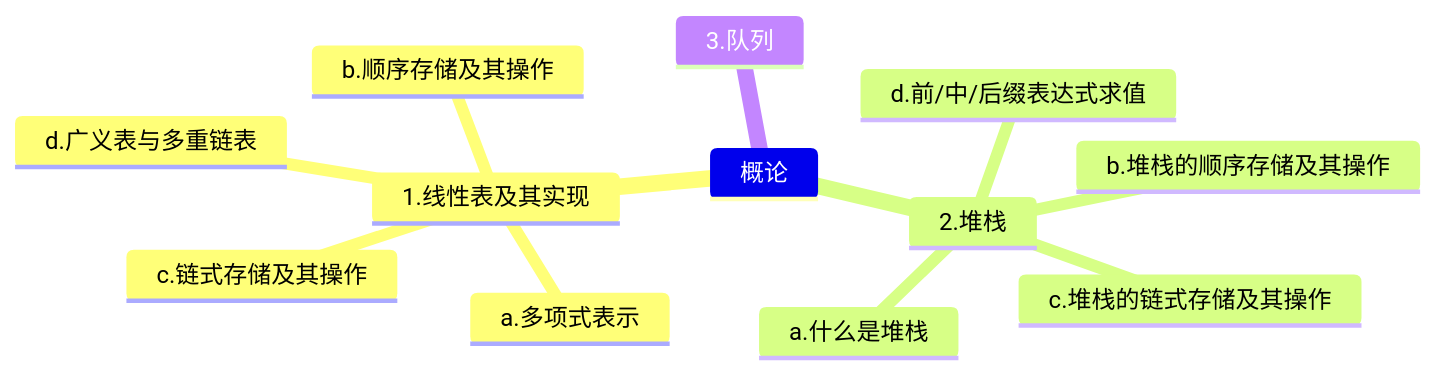
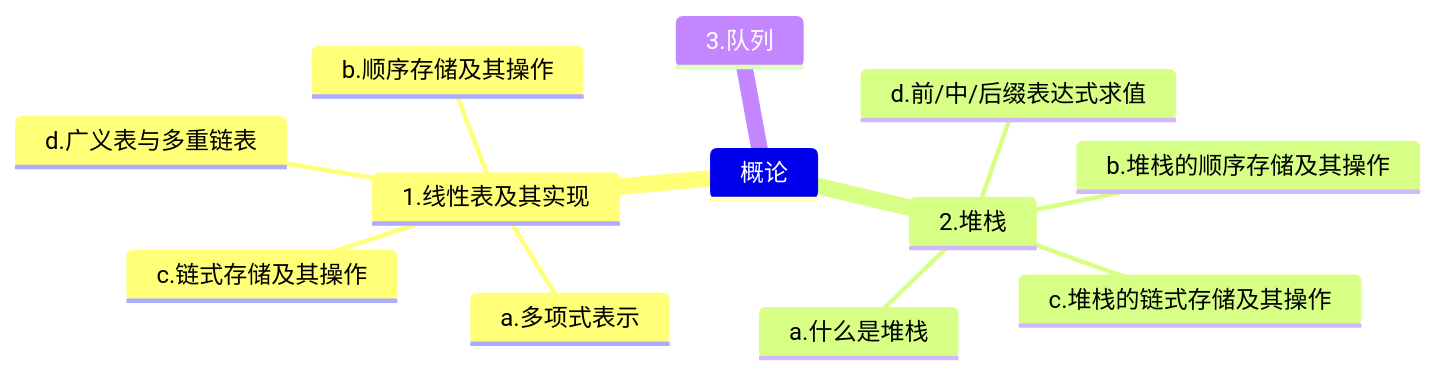
The sixth of 6 diagrams in 数据结构.md (novpath/Data-Structure), drawn with Mermaid before and after one commit. The commit also changed other lines of this file, not shown here.

````diff
--- a/数据结构.md
+++ b/数据结构.md
@@ -1315,15 +1321,15 @@
 ```mermaid
 mindmap
-	概论
-		1.线性表及其实现
-			a.多项式表示
-			b.顺序存储及其操作
-			c.链式存储及其操作
-			d.广义表与多重链表
-		2.堆栈
-			a.什么是堆栈
-			b.堆栈的顺序存储及其操作
-			c.堆栈的链式存储及其操作
-			d.前/中/后缀表达式求值
-		3.队列
+    概论
+        1.线性表及其实现
+            a.多项式表示
+            b.顺序存储及其操作
+            c.链式存储及其操作
+            d.广义表与多重链表
+        2.堆栈
+            a.什么是堆栈
+            b.堆栈的顺序存储及其操作
+            c.堆栈的链式存储及其操作
+            d.前/中/后缀表达式求值
+        3.队列
 ```
````
